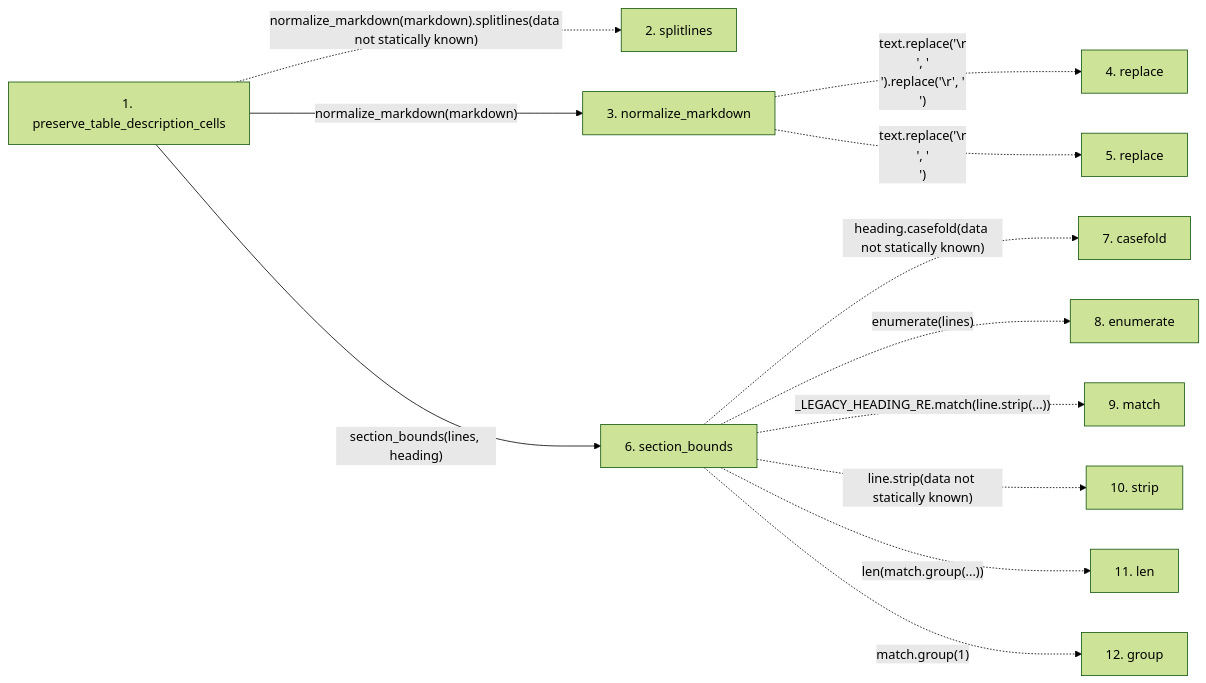
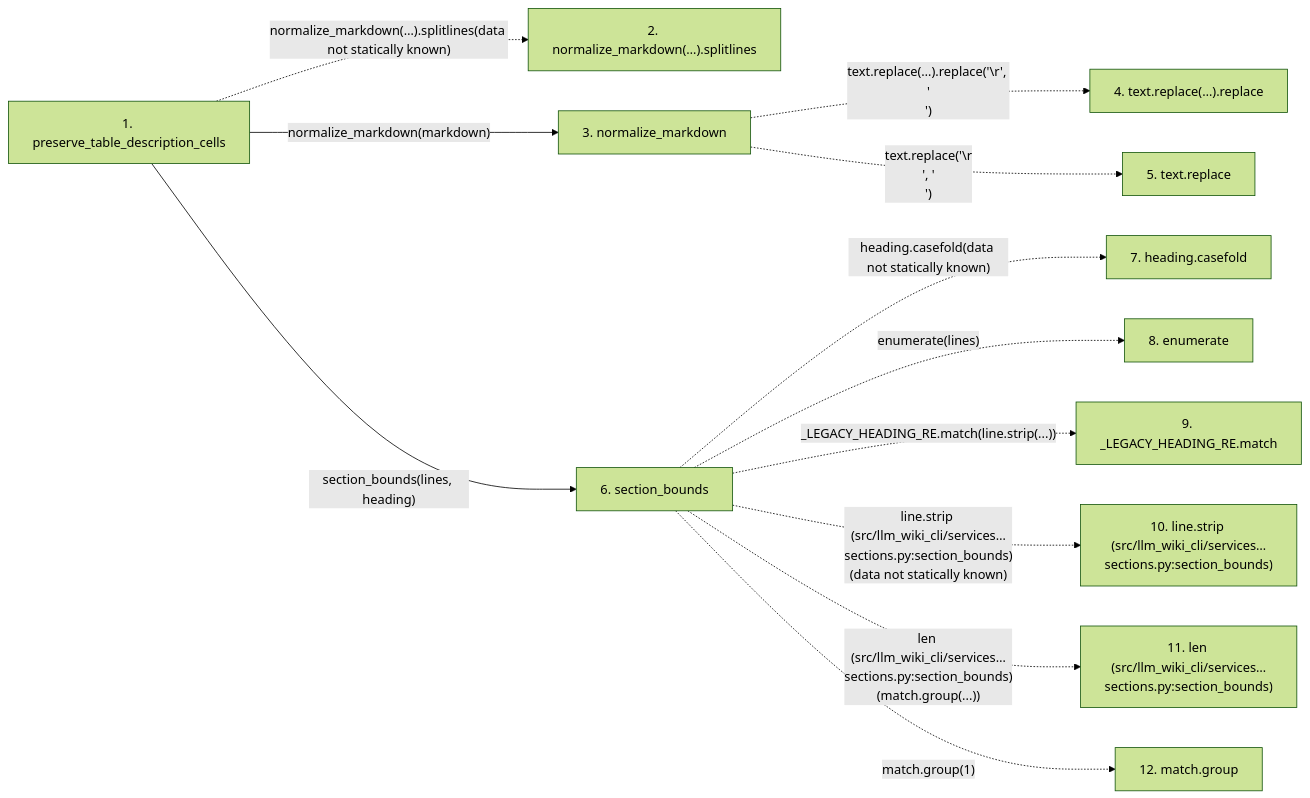
Before and after one commit to Denissvgn/python-wiki-llm: the second of 2 diagrams in docs/llm_wiki/flows/api-preserve_table_description_cells.md, drawn with Mermaid (forest theme). The commit also changed other lines of this file and 719 other files, not shown here.

````diff
--- a/docs/llm_wiki/flows/api-preserve_table_description_cells.md
+++ b/docs/llm_wiki/flows/api-preserve_table_description_cells.md
@@ -65,29 +73,29 @@
 ```mermaid
 flowchart LR
     s1["1. preserve_table_description_cells"]
-    s2["2. splitlines"]
+    s2["2. normalize_markdown(…).splitlines"]
     s3["3. normalize_markdown"]
-    s4["4. replace"]
-    s5["5. replace"]
+    s4["4. text.replace(…).replace"]
+    s5["5. text.replace"]
     s6["6. section_bounds"]
-    s7["7. casefold"]
+    s7["7. heading.casefold"]
     s8["8. enumerate"]
-    s9["9. match"]
-    s10["10. strip"]
-    s11["11. len"]
-    s12["12. group"]
-    s1 -. "normalize_markdown(markdown).splitlines(data not statically known)" .-> s2
+    s9["9. _LEGACY_HEADING_RE.match"]
+    s10["10. line.strip (src/llm_wiki_cli/services…sections.py:section_bounds)"]
+    s11["11. len (src/llm_wiki_cli/services…sections.py:section_bounds)"]
+    s12["12. match.group"]
+    s1 -. "normalize_markdown(…).splitlines(data not statically known)" .-> s2
     s1 -->|"normalize_markdown(markdown)"| s3
-    s3 -. "text.replace('\r\n', '\n').replace('\r', '\n')" .-> s4
+    s3 -. "text.replace(…).replace('\r', '\n')" .-> s4
     s3 -. "text.replace('\r\n', '\n')" .-> s5
     s1 -->|"section_bounds(lines, heading)"| s6
     s6 -. "heading.casefold(data not statically known)" .-> s7
     s6 -. "enumerate(lines)" .-> s8
     s6 -. "_LEGACY_HEADING_RE.match(line.strip(...))" .-> s9
-    s6 -. "line.strip(data not statically known)" .-> s10
-    s6 -. "len(match.group(...))" .-> s11
+    s6 -. "line.strip (src/llm_wiki_cli/services…sections.py:section_bounds)(data not statically known)" .-> s10
+    s6 -. "len (src/llm_wiki_cli/services…sections.py:section_bounds)(match.group(...))" .-> s11
     s6 -. "match.group(1)" .-> s12
     click s1 "../modules/markdown_sections.md"
     click s3 "../modules/markdown_sections.md"
     click s6 "../modules/markdown_sections.md"
 ```
````
